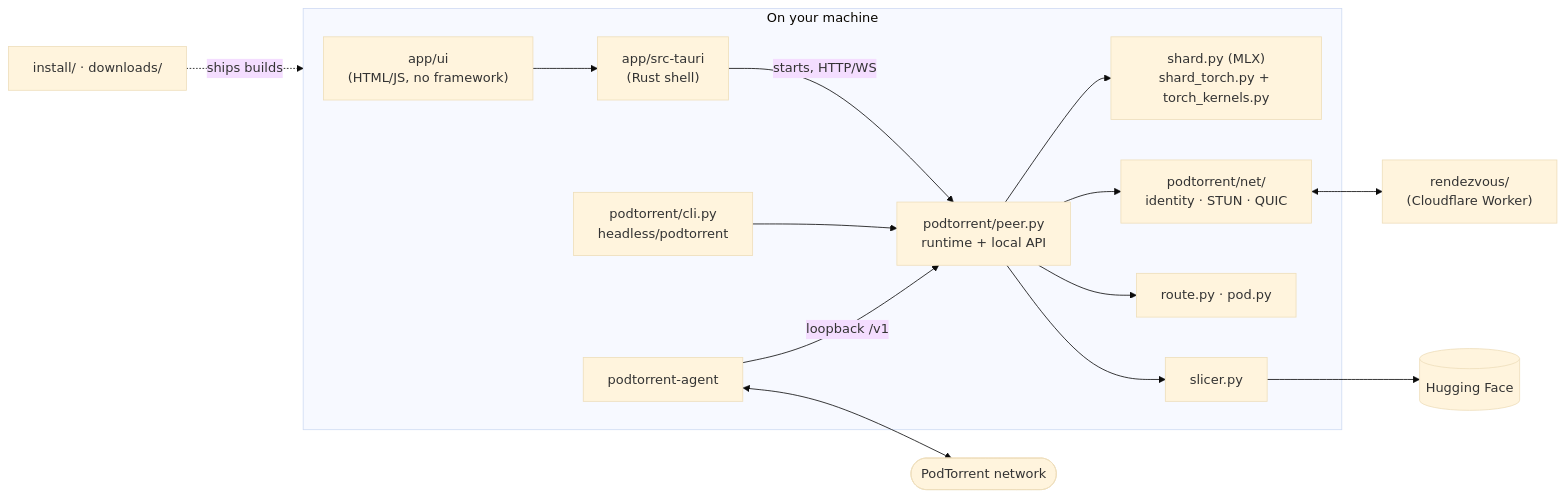
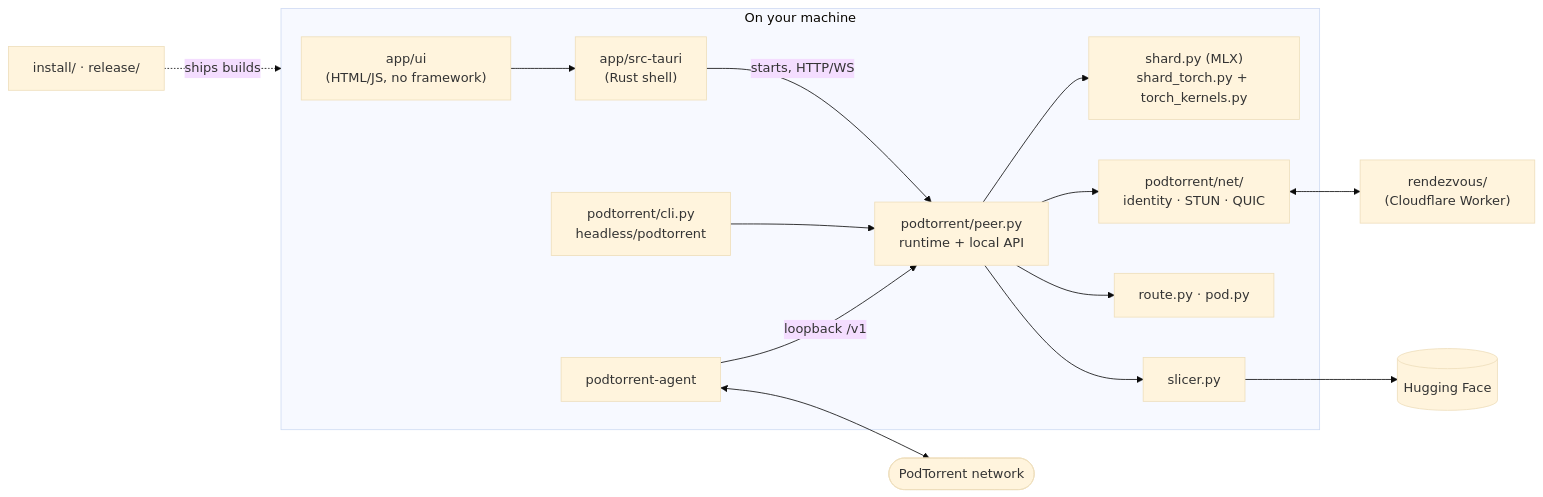
One commit to podtorrent/podtorrent-desktop changed the fourth of 4 diagrams in README.md. Above: the diagram before and after it, drawn with Mermaid (base theme). The commit also changed other lines of this file and 21 other files, not shown here.

First line of the commit message:
Move the download page to podtorrent.com; rename downloads/ to release/ (#16)

````diff
--- a/README.md
+++ b/README.md
@@ -417,17 +417,17 @@
 ```mermaid
 flowchart LR
     subgraph Client["On your machine"]
         UI["app/ui<br/>(HTML/JS, no framework)"] --> TA["app/src-tauri<br/>(Rust shell)"]
         TA -- "starts, HTTP/WS" --> PEER
         CLI["podtorrent/cli.py<br/>headless/podtorrent"] --> PEER
         PEER["podtorrent/peer.py<br/>runtime + local API"] --> ENG["shard.py (MLX)<br/>shard_torch.py + torch_kernels.py"]
         PEER --> NETP["podtorrent/net/<br/>identity · STUN · QUIC"]
         PEER --> RT["route.py · pod.py"]
         PEER --> SL["slicer.py"]
         AGT["podtorrent-agent"] -- "loopback /v1" --> PEER
     end
     NETP <--> RZ["rendezvous/<br/>(Cloudflare Worker)"]
     AGT <--> GWN(["PodTorrent network"])
     SL --> HF[("Hugging Face")]
-    INST["install/ · downloads/"] -. "ships builds" .-> Client
+    INST["install/ · release/"] -. "ships builds" .-> Client
 ```
````
